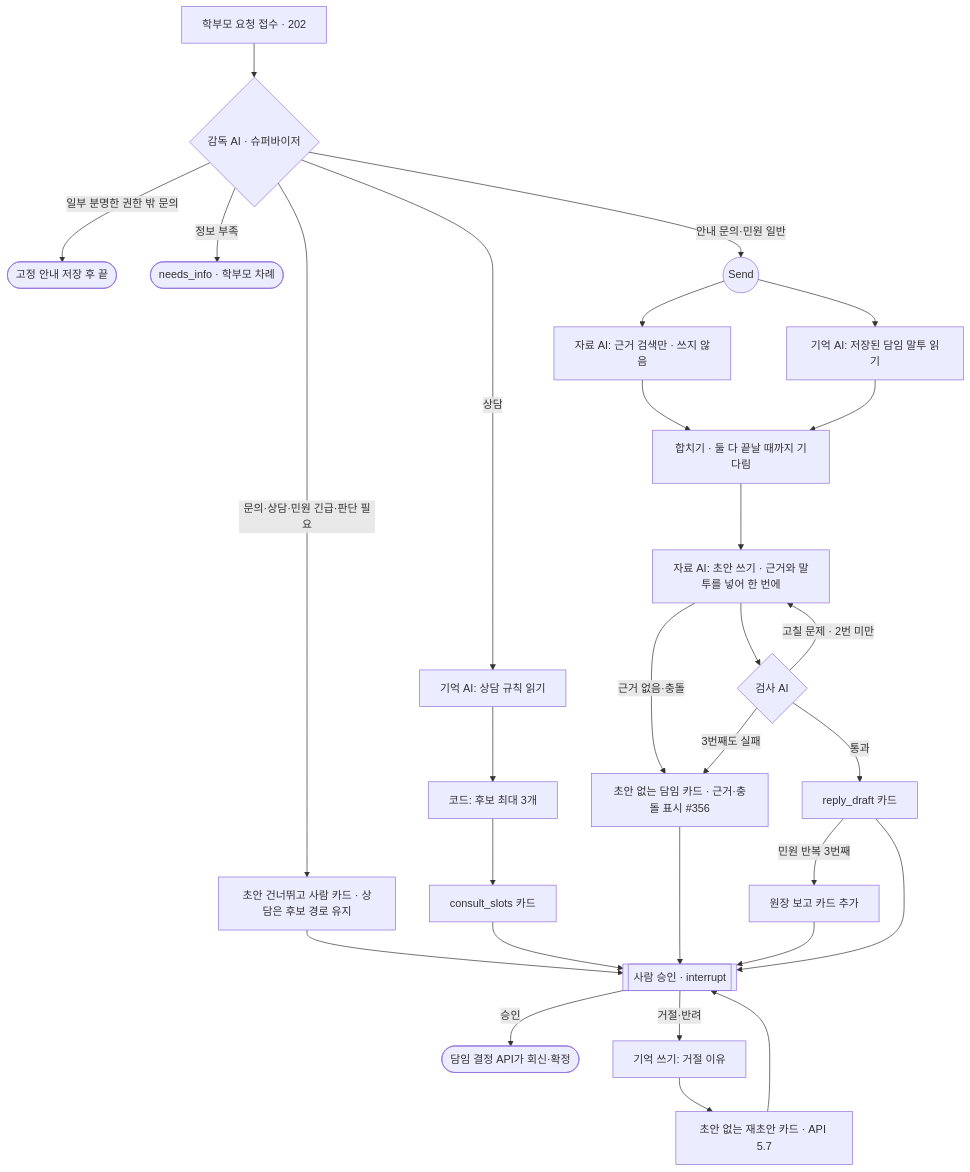
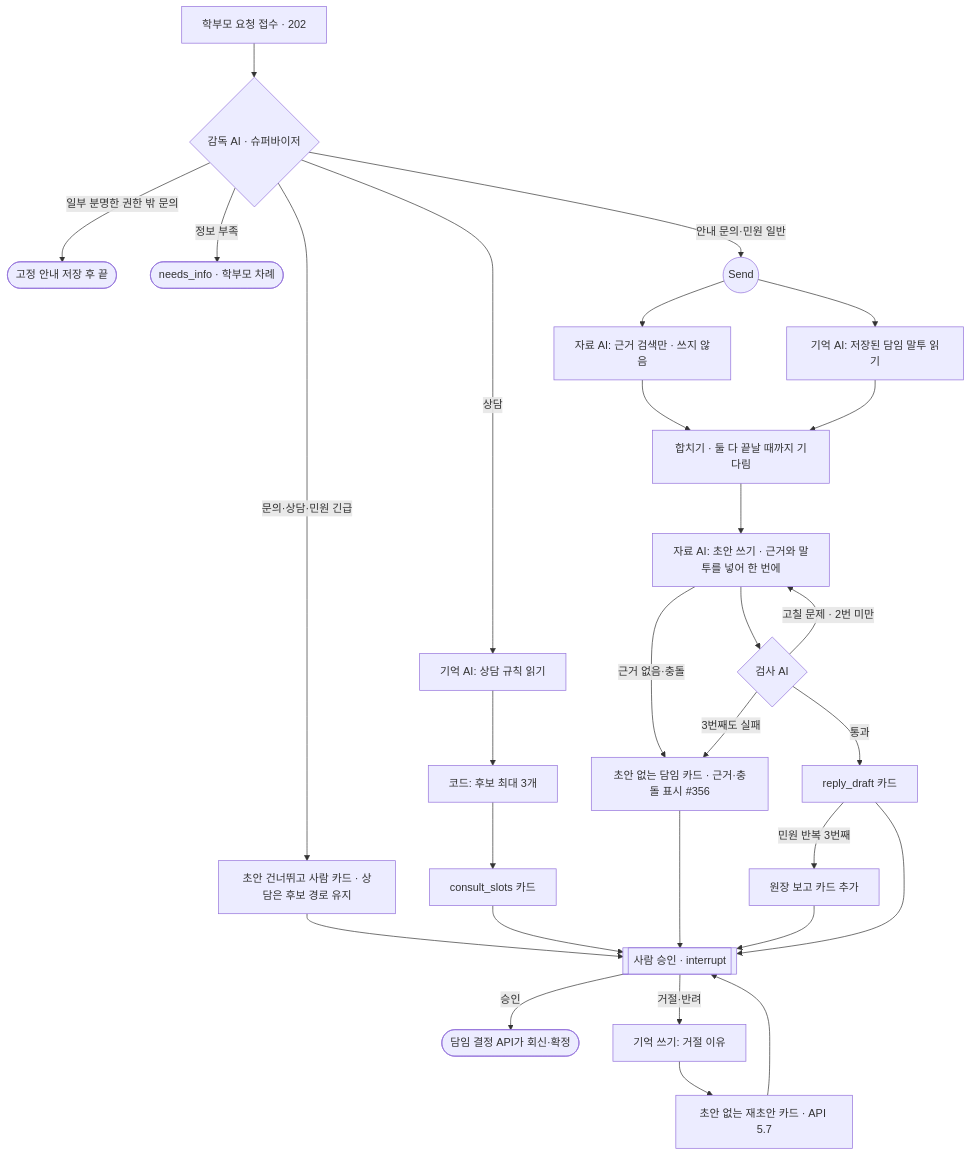
Before and after one commit to aio-final-2team/FinalProject_2Team: the second of 5 diagrams in Docs/Step3/T47_멀티에이전트_협업_아키텍처_설계서.md, drawn with Mermaid. The commit also changed other lines of this file and 28 other files, not shown here.

````diff
--- a/Docs/Step3/T47_멀티에이전트_협업_아키텍처_설계서.md
+++ b/Docs/Step3/T47_멀티에이전트_협업_아키텍처_설계서.md
@@ -166,28 +166,28 @@
 ```mermaid
 flowchart TD
     IN[학부모 요청 접수 · 202] --> SUP{감독 AI · 슈퍼바이저}
     SUP -->|일부 분명한 권한 밖 문의| OUT([고정 안내 저장 후 끝])
     SUP -->|정보 부족| NI([needs_info · 학부모 차례])
-    SUP -->|문의·상담·민원 긴급·판단 필요| HC[초안 건너뛰고 사람 카드 · 상담은 후보 경로 유지]
+    SUP -->|문의·상담·민원 긴급| HC[초안 건너뛰고 사람 카드 · 상담은 후보 경로 유지]
     SUP -->|상담| MC[기억 AI: 상담 규칙 읽기]
     MC --> SL[코드: 후보 최대 3개] --> CC[consult_slots 카드]
     SUP -->|안내 문의·민원 일반| FAN((Send))
     FAN --> DS[자료 AI: 근거 검색만 · 쓰지 않음]
     FAN --> MT[기억 AI: 저장된 담임 말투 읽기]
     DS --> JN[합치기 · 둘 다 끝날 때까지 기다림]
     MT --> JN
     JN --> W[자료 AI: 초안 쓰기 · 근거와 말투를 넣어 한 번에]
     W -->|근거 없음·충돌| HC2[초안 없는 담임 카드 · 근거·충돌 표시 #356]
     W --> CK{검사 AI}
     CK -->|고칠 문제 · 2번 미만| W
     CK -->|3번째도 실패| HC2
     CK -->|통과| RC[reply_draft 카드]
     RC -->|민원 반복 3번째| DR[원장 보고 카드 추가]
     RC --> AP[[사람 승인 · interrupt]]
     DR --> AP
     HC --> AP
     HC2 --> AP
     CC --> AP
     AP -->|승인| SENT([담임 결정 API가 회신·확정])
     AP -->|거절·반려| MW[기억 쓰기: 거절 이유] --> RD[초안 없는 재초안 카드 · API 5.7] --> AP
 ```
````
